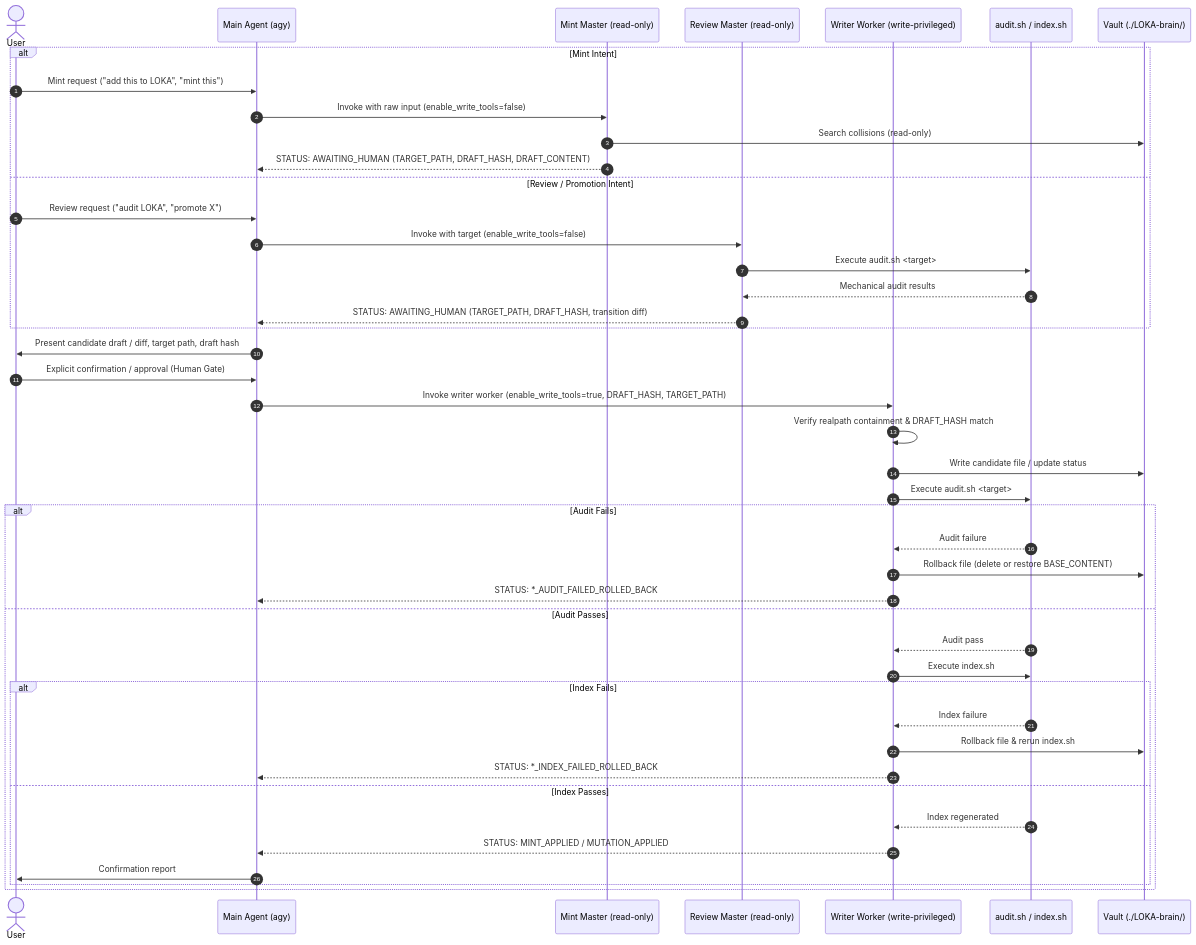
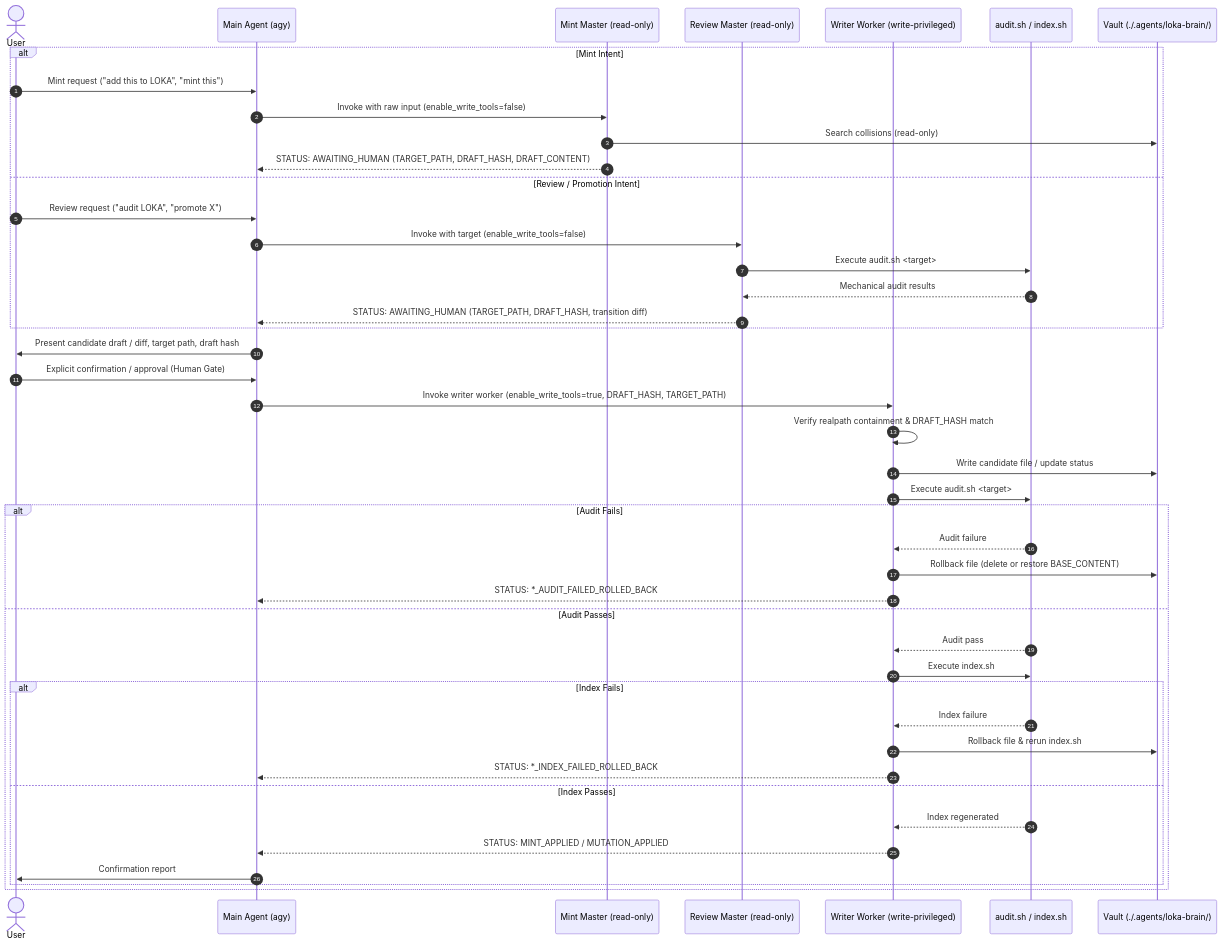
One commit to Budtender3000/loka-master changed the diagram in .agents/skills/loka/README.md. Above: the diagram before and after it, drawn with Mermaid. The commit also changed other lines of this file and 4 other files, not shown here.

Commit message:
fix(skill): purge legacy LOKA-brain fallbacks and align documentation with schema v0.2.3

````diff
--- a/.agents/skills/loka/README.md
+++ b/.agents/skills/loka/README.md
@@ -42,49 +42,49 @@
 ```mermaid
 sequenceDiagram
     autonumber
     actor User
     participant Main as Main Agent (agy)
     participant Mint as Mint Master (read-only)
     participant Review as Review Master (read-only)
     participant Writer as Writer Worker (write-privileged)
     participant Scripts as audit.sh / index.sh
-    participant Disk as Vault (./LOKA-brain/)
+    participant Disk as Vault (./.agents/loka-brain/)
 
     alt Mint Intent
         User->>Main: Mint request ("add this to LOKA", "mint this")
         Main->>Mint: Invoke with raw input (enable_write_tools=false)
         Mint->>Disk: Search collisions (read-only)
         Mint-->>Main: STATUS: AWAITING_HUMAN (TARGET_PATH, DRAFT_HASH, DRAFT_CONTENT)
     else Review / Promotion Intent
         User->>Main: Review request ("audit LOKA", "promote X")
         Main->>Review: Invoke with target (enable_write_tools=false)
         Review->>Scripts: Execute audit.sh <target>
         Scripts-->>Review: Mechanical audit results
         Review-->>Main: STATUS: AWAITING_HUMAN (TARGET_PATH, DRAFT_HASH, transition diff)
     end
 
     Main->>User: Present candidate draft / diff, target path, draft hash
     User->>Main: Explicit confirmation / approval (Human Gate)
 
     Main->>Writer: Invoke writer worker (enable_write_tools=true, DRAFT_HASH, TARGET_PATH)
     Writer->>Writer: Verify realpath containment & DRAFT_HASH match
     Writer->>Disk: Write candidate file / update status
     Writer->>Scripts: Execute audit.sh <target>
     alt Audit Fails
         Scripts-->>Writer: Audit failure
         Writer->>Disk: Rollback file (delete or restore BASE_CONTENT)
         Writer-->>Main: STATUS: *_AUDIT_FAILED_ROLLED_BACK
     else Audit Passes
         Scripts-->>Writer: Audit pass
         Writer->>Scripts: Execute index.sh
         alt Index Fails
             Scripts-->>Writer: Index failure
             Writer->>Disk: Rollback file & rerun index.sh
             Writer-->>Main: STATUS: *_INDEX_FAILED_ROLLED_BACK
         else Index Passes
             Scripts-->>Writer: Index regenerated
             Writer-->>Main: STATUS: MINT_APPLIED / MUTATION_APPLIED
             Main->>User: Confirmation report
         end
     end
 ```
````
